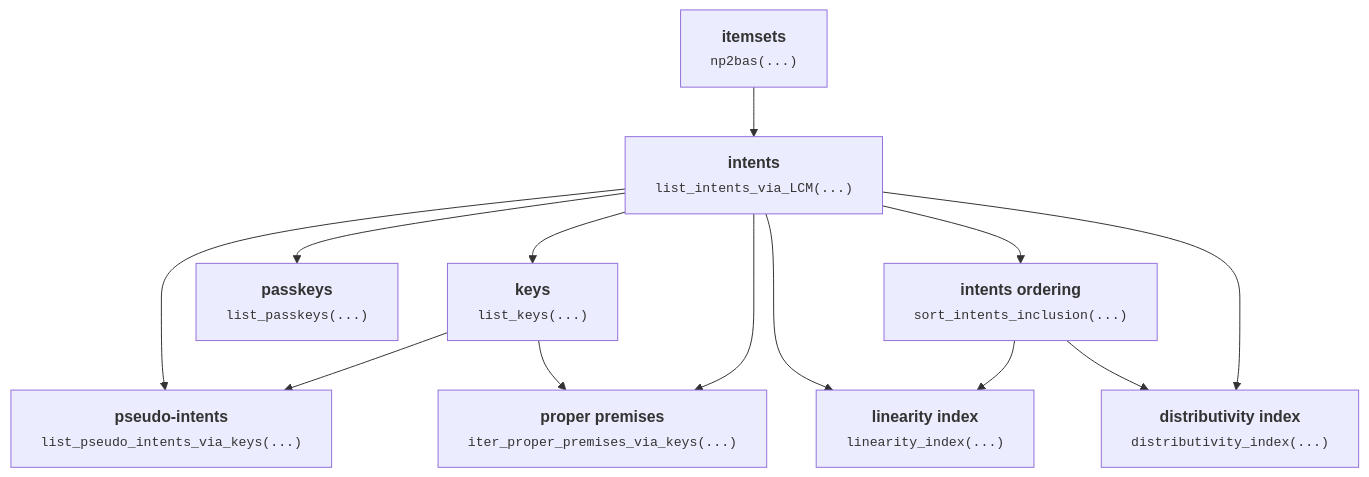
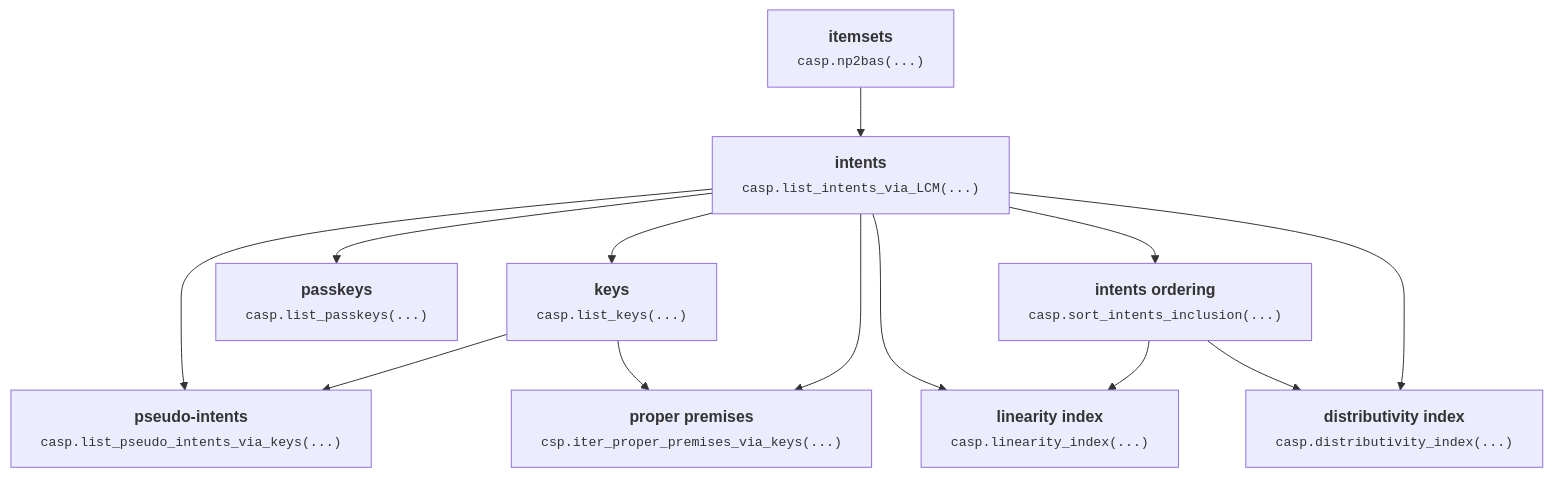
Before and after one commit to EgorDudyrev/caspailleur: the diagram in README.md, drawn with Mermaid. The commit also changed other lines of this file, not shown here.

Commit message:
Drop links from mermaid diagram
as GitHub does not allow to go through them

````diff
--- a/README.md
+++ b/README.md
@@ -24,32 +8,22 @@
 ```mermaid
   graph TD;
-      S["<b>itemsets</b><br><small><tt>np2bas(...)</tt></small>"];
-      A["<b>intents</b><br><small><tt>list_intents_via_LCM(...)</tt></small>"];
-      B["<b>keys</b><br><small><tt>list_keys(...)</tt></small>"];
-      C["<b>passkeys</b><br><small><tt>list_passkeys(...)</tt></small>"];
-      D["<b>intents ordering</b><br><small><tt>sort_intents_inclusion(...)</tt></small>"]; 
-      E["<b>pseudo-intents</b><br><small><tt>list_pseudo_intents_via_keys(...)</tt></small>"];
-      F["<b>proper premises</b><br><small><tt>iter_proper_premises_via_keys(...)</tt></small>"];
-      G["<b>linearity index</b><br><small><tt>linearity_index(...)</tt></small>"];
-      H["<b>distributivity index</b><br><small><tt>distributivity_index(...)</tt></small>"];
-      
-      click S "https://github.com/EgorDudyrev/caspailleur/blob/b35a37f559ecceedd70a5b72301707a4ca94201c/caspailleur/base_functions.py#L43" "Link to np2bas function"
-      click A "https://github.com/EgorDudyrev/caspailleur/blob/b35a37f559ecceedd70a5b72301707a4ca94201c/caspailleur/mine_equivalence_classes.py#L12" "Open function list_intents_via_LCM"
-      click B "https://github.com/EgorDudyrev/caspailleur/blob/b35a37f559ecceedd70a5b72301707a4ca94201c/caspailleur/mine_equivalence_classes.py#L107" "Open function list_keys"
-      click C "https://github.com/EgorDudyrev/caspailleur/blob/b35a37f559ecceedd70a5b72301707a4ca94201c/caspailleur/mine_equivalence_classes.py#L159" "Open function list_passkeys"
-      click D "https://github.com/EgorDudyrev/caspailleur/blob/b35a37f559ecceedd70a5b72301707a4ca94201c/caspailleur/order.py#L28" "Open function sort_intents_inclusion"
-      click E "https://github.com/EgorDudyrev/caspailleur/blob/b35a37f559ecceedd70a5b72301707a4ca94201c/caspailleur/implication_bases.py#L59" "Open function list_pseudo_intents_via_keys"
-      click F "https://github.com/EgorDudyrev/caspailleur/blob/b35a37f559ecceedd70a5b72301707a4ca94201c/caspailleur/implication_bases.py#L45" "Open function iter_proper_premises_via_keys"
-      click G "https://github.com/EgorDudyrev/caspailleur/blob/b35a37f559ecceedd70a5b72301707a4ca94201c/caspailleur/indices.py#L9" "Open function linearity_index"
-      click H "https://github.com/EgorDudyrev/caspailleur/blob/b35a37f559ecceedd70a5b72301707a4ca94201c/caspailleur/indices.py#L25" "Open function distributivity_index"
+      S["<b>itemsets</b><br><small><tt>casp.np2bas(...)</tt></small>"];
+      A["<b>intents</b><br><small><tt>casp.list_intents_via_LCM(...)</tt></small>"];
+      B["<b>keys</b><br><small><tt>casp.list_keys(...)</tt></small>"];
+      C["<b>passkeys</b><br><small><tt>casp.list_passkeys(...)</tt></small>"];
+      D["<b>intents ordering</b><br><small><tt>casp.sort_intents_inclusion(...)</tt></small>"]; 
+      E["<b>pseudo-intents</b><br><small><tt>casp.list_pseudo_intents_via_keys(...)</tt></small>"];
+      F["<b>proper premises</b><br><small><tt>csp.iter_proper_premises_via_keys(...)</tt></small>"];
+      G["<b>linearity index</b><br><small><tt>casp.linearity_index(...)</tt></small>"];
+      H["<b>distributivity index</b><br><small><tt>casp.distributivity_index(...)</tt></small>"];
       
       S --> A
       A --> B;
       A --> C;
       A --> D;
       A --> E; 
       B --> E;  
       B --> F; A --> F; 
       A --> G; D --> G;
       D --> H; A --> H; 
 ```
````
